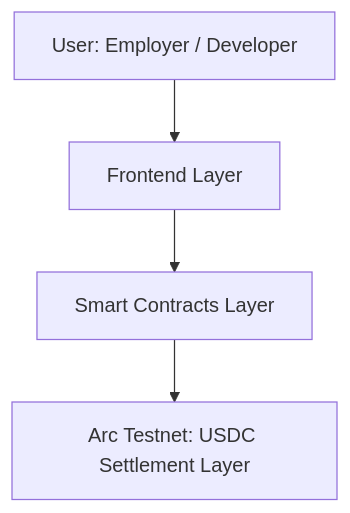
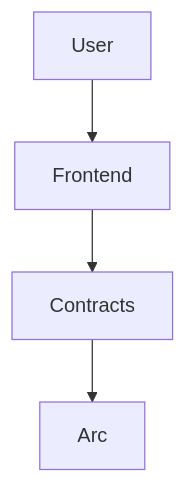
Before and after one commit to ajeek/ArcProof01: the first of 2 diagrams in README.md, drawn with Mermaid. The commit also changed other lines of this file and 1 other file, not shown here.

````diff
--- a/README.md
+++ b/README.md
@@ -51,6 +62,6 @@
 ```mermaid
 graph TD
-    User[User: Employer / Developer] --> Frontend[Frontend Layer]
-    Frontend --> Contracts[Smart Contracts Layer]
-    Contracts --> Arc[Arc Testnet: USDC Settlement Layer]
+User --> Frontend
+Frontend --> Contracts
+Contracts --> Arc
 ```
````
